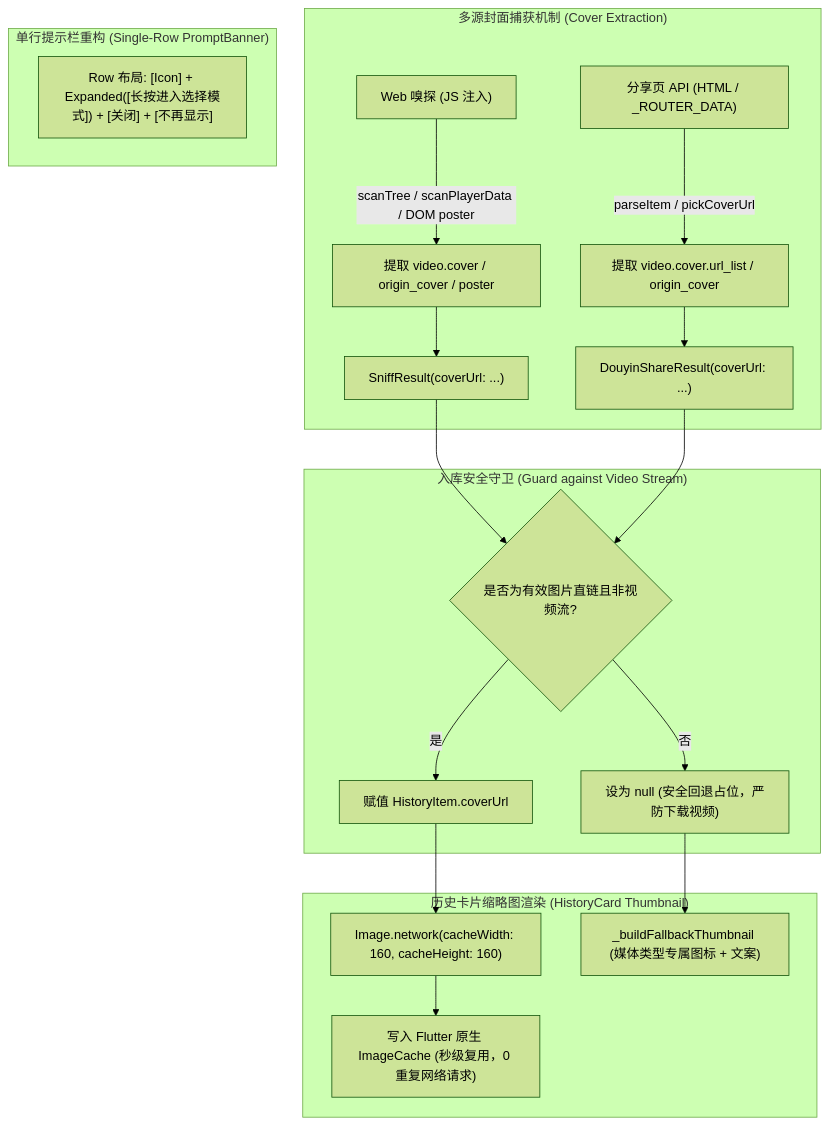
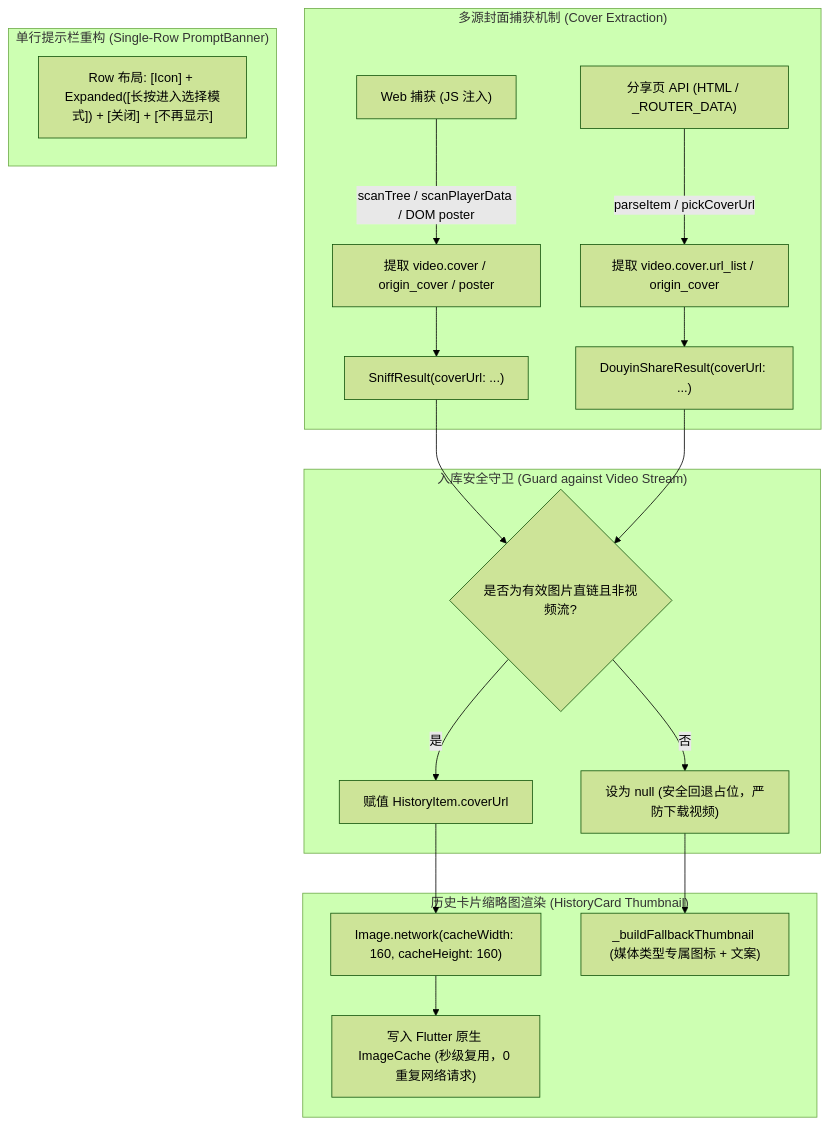
One commit to LinXruan/YuYin changed the diagram in PLAN/PLAN_41~50/PLAN_43.md. Above: the diagram before and after it, drawn with Mermaid (forest theme). The commit also changed other lines of this file and 39 other files, not shown here.

````diff
--- a/PLAN/PLAN_41~50/PLAN_43.md
+++ b/PLAN/PLAN_41~50/PLAN_43.md
@@ -26,26 +26,26 @@
 ```mermaid
 flowchart TD
     subgraph DataExtraction["多源封面捕获机制 (Cover Extraction)"]
-        SourceWeb["Web 嗅探 (JS 注入)"] -->|scanTree / scanPlayerData / DOM poster| JSCover["提取 video.cover / origin_cover / poster"]
+        SourceWeb["Web 捕获 (JS 注入)"] -->|scanTree / scanPlayerData / DOM poster| JSCover["提取 video.cover / origin_cover / poster"]
         SourceShare["分享页 API (HTML / _ROUTER_DATA)"] -->|parseItem / pickCoverUrl| APICover["提取 video.cover.url_list / origin_cover"]
         JSCover --> SniffRes["SniffResult(coverUrl: ...)"]
         APICover --> ShareRes["DouyinShareResult(coverUrl: ...)"]
     end
 
     subgraph StorageGate["入库安全守卫 (Guard against Video Stream)"]
         SniffRes --> CoverGate{"是否为有效图片直链且非视频流?"}
         ShareRes --> CoverGate
         CoverGate -->|是| ValidCover["赋值 HistoryItem.coverUrl"]
         CoverGate -->|否| NullCover["设为 null (安全回退占位，严防下载视频)"]
     end
 
     subgraph UI_Rendering["历史卡片缩略图渲染 (HistoryCard Thumbnail)"]
         ValidCover --> ImgWidget["Image.network(cacheWidth: 160, cacheHeight: 160)"]
         ImgWidget --> Cache["写入 Flutter 原生 ImageCache (秒级复用，0 重复网络请求)"]
         NullCover --> Fallback["_buildFallbackThumbnail (媒体类型专属图标 + 文案)"]
     end
 
     subgraph PromptBanner["单行提示栏重构 (Single-Row PromptBanner)"]
         RowLayout["Row 布局: [Icon] + Expanded([长按进入选择模式]) + [关闭] + [不再显示]"]
     end
 ```
````
